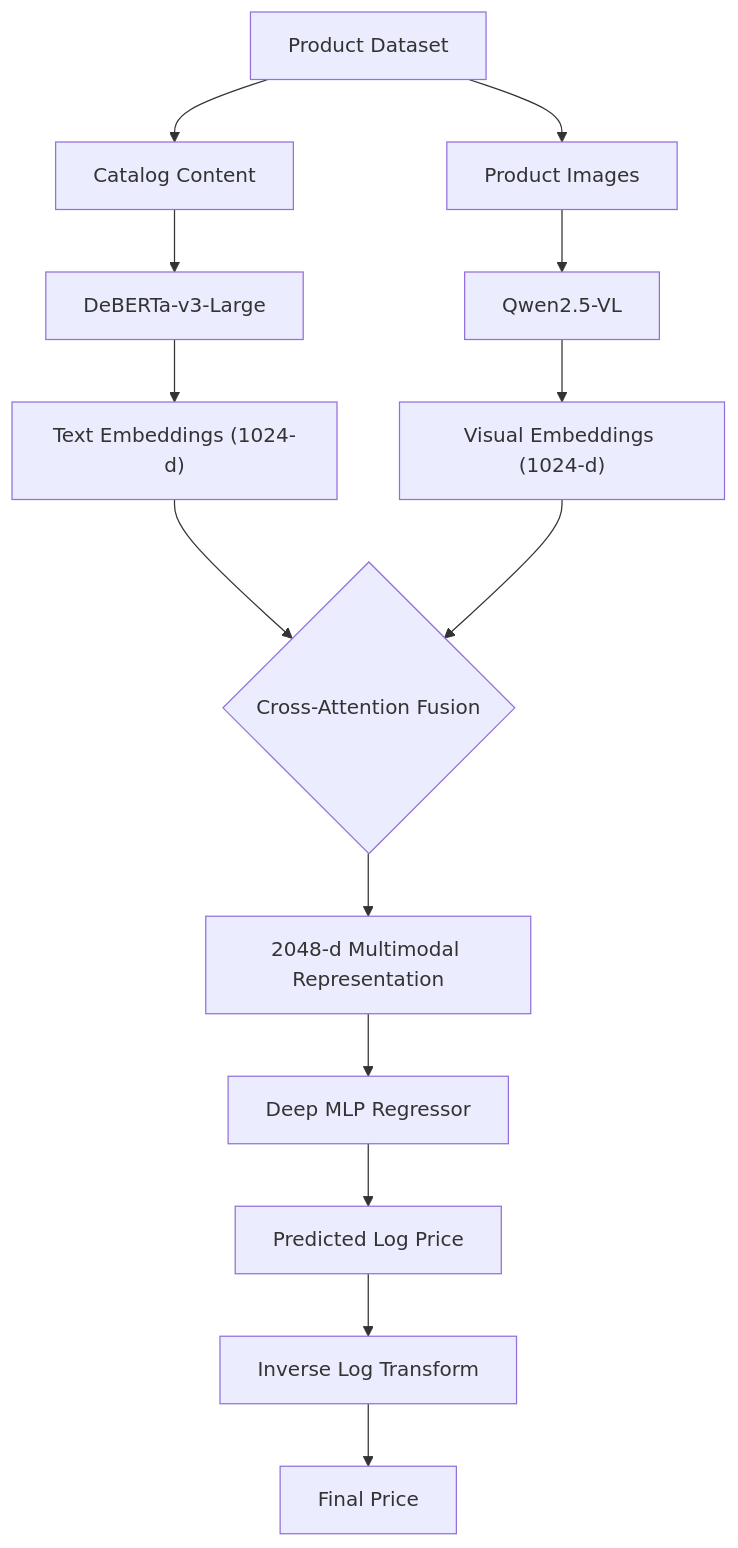
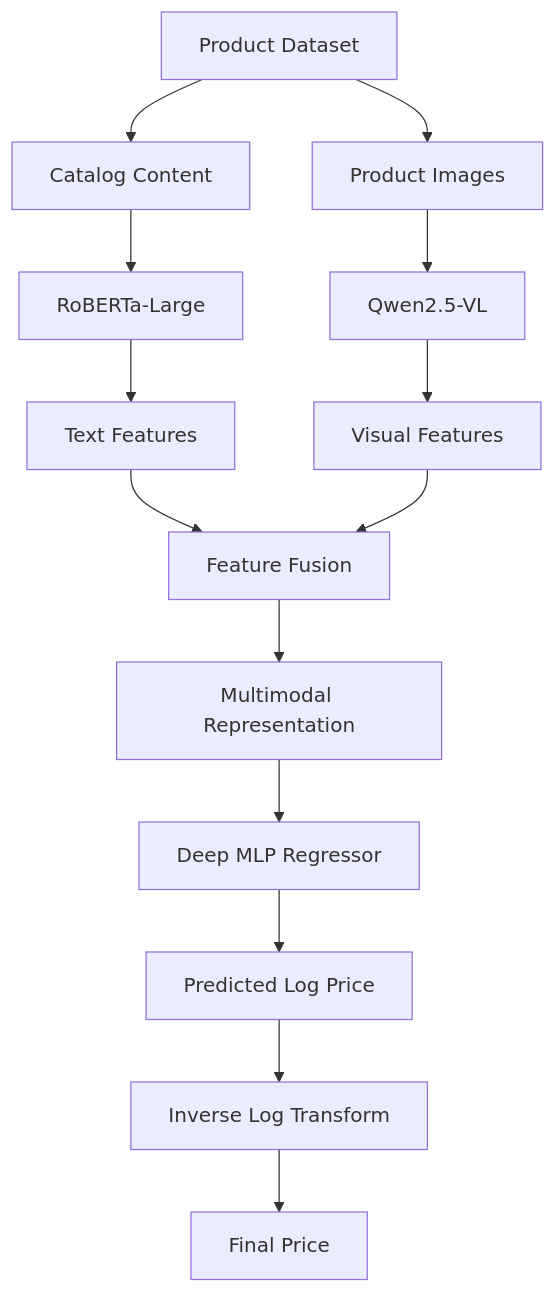
Before and after one commit to hiten016/MLChallenge2025: the second of 2 diagrams in README.md, drawn with Mermaid. The commit also changed other lines of this file, not shown here.

````diff
--- a/README.md
+++ b/README.md
@@ -62,27 +77,27 @@
 ```mermaid
 flowchart TD
 
     A["Product Dataset"]
 
     A --> B["Catalog Content"]
     A --> C["Product Images"]
 
-    B --> D["DeBERTa-v3-Large"]
+    B --> D["RoBERTa-Large"]
     C --> E["Qwen2.5-VL"]
 
-    D --> F["Text Embeddings (1024-d)"]
-    E --> G["Visual Embeddings (1024-d)"]
+    D --> F["Text Features"]
+    E --> G["Visual Features"]
 
-    F --> H{"Cross-Attention Fusion"}
+    F --> H["Feature Fusion"]
     G --> H
 
-    H --> I["2048-d Multimodal Representation"]
+    H --> I["Multimodal Representation"]
 
     I --> J["Deep MLP Regressor"]
 
     J --> K["Predicted Log Price"]
 
     K --> L["Inverse Log Transform"]
 
     L --> M["Final Price"]
 ```
````
